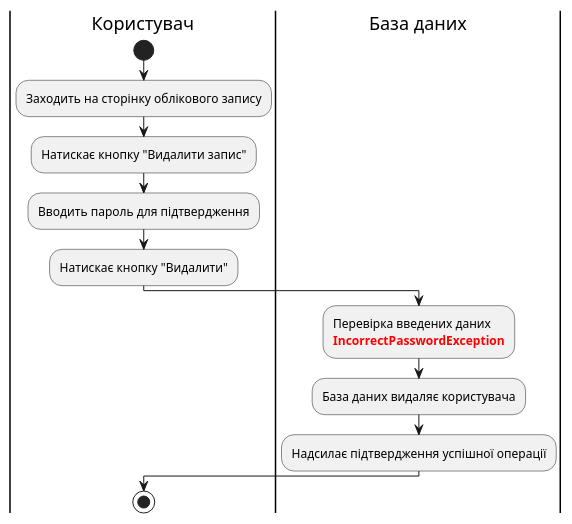
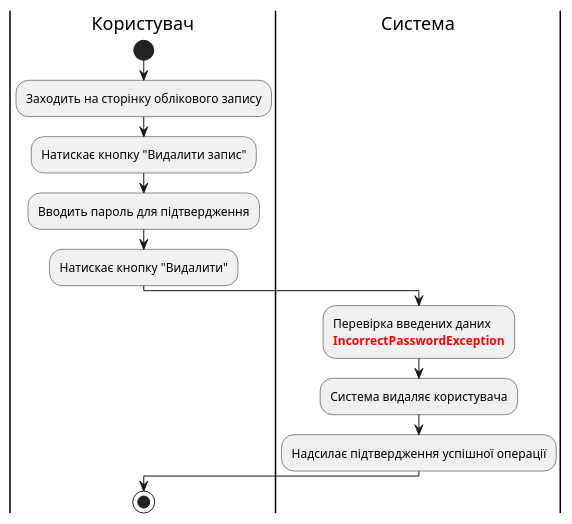
Before and after one commit to ppvictoriaaa/db-team4-io24: the eighth of 16 diagrams in docs/use cases/README.md, drawn with PlantUML. The commit also changed other lines of this file, not shown here.

```diff
--- a/docs/use cases/README.md
+++ b/docs/use cases/README.md
@@ -272,19 +272,19 @@
 @startuml
 
     |Користувач|
     start;
     :Заходить на сторінку облікового запису;
     :Натискає кнопку "Видалити запис";
     :Вводить пароль для підтвердження;
     :Натискає кнопку "Видалити";
 
-    |База даних|
+    |Система|
     :Перевірка введених даних
     <font color="red">**IncorrectPasswordException**;
-    :База даних видаляє користувача;
+    :Система видаляє користувача;
     :Надсилає підтвердження успішної операції;
 
     |Користувач|
     stop;
 
 @enduml
```
